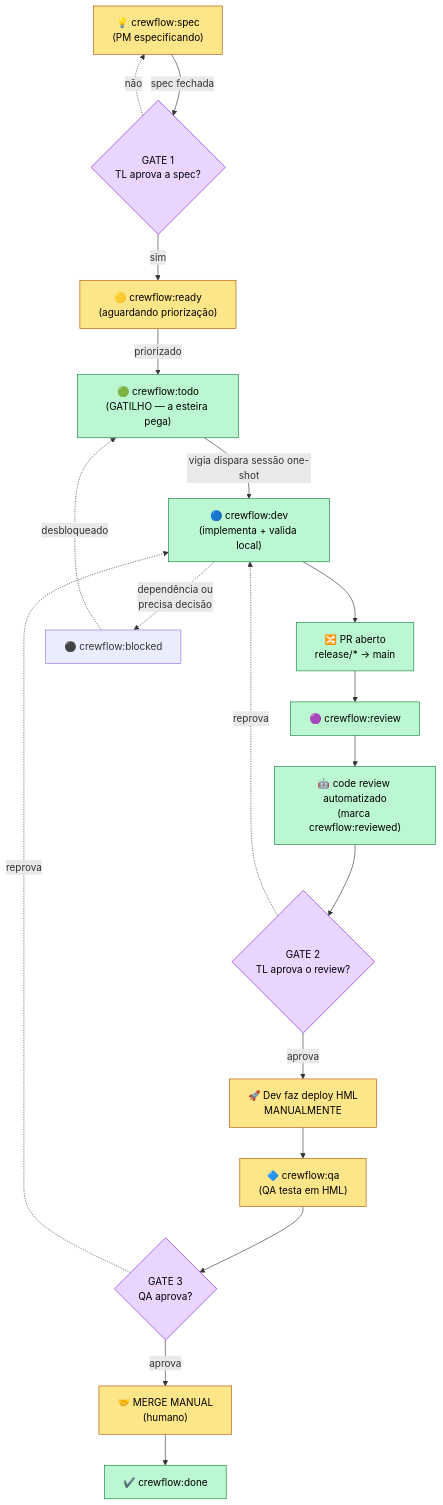
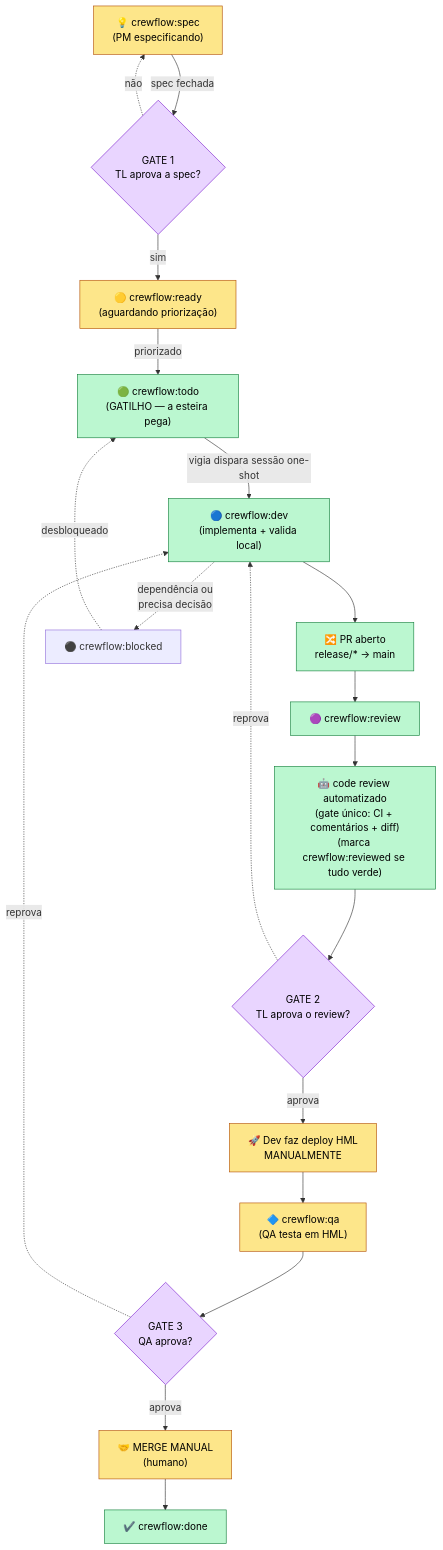
Before and after one commit to eliasrosa/kirocrew-flow: the diagram in .kiro/steering/fluxo.md, drawn with Mermaid. The commit also changed other lines of this file and 3 other files, not shown here.

Commit message:
docs: document consolidated review gate (CI + PR comments) in README + steering

````diff
--- a/.kiro/steering/fluxo.md
+++ b/.kiro/steering/fluxo.md
@@ -20,29 +20,29 @@
 ```mermaid
 flowchart TD
     A["💡 crewflow:spec<br/>(PM especificando)"] -->|spec fechada| G0{"GATE 1<br/>TL aprova a spec?"}
     G0 -->|sim| B["🟡 crewflow:ready<br/>(aguardando priorização)"]
     G0 -.->|não| A
     B -->|priorizado| C["🟢 crewflow:todo<br/>(GATILHO — a esteira pega)"]
     C -->|vigia dispara sessão one-shot| D["🔵 crewflow:dev<br/>(implementa + valida local)"]
     D --> E["🔀 PR aberto<br/>release/* → main"]
     E --> R["🟣 crewflow:review"]
-    R --> BOT["🤖 code review automatizado<br/>(marca crewflow:reviewed)"]
+    R --> BOT["🤖 code review automatizado<br/>(gate único: CI + comentários + diff)<br/>(marca crewflow:reviewed se tudo verde)"]
     BOT --> G1{"GATE 2<br/>TL aprova o review?"}
     G1 -.->|reprova| D
     G1 -->|aprova| HML["🚀 Dev faz deploy HML<br/>MANUALMENTE"]
     HML --> Q["🔷 crewflow:qa<br/>(QA testa em HML)"]
     Q --> G2{"GATE 3<br/>QA aprova?"}
     G2 -.->|reprova| D
     G2 -->|aprova| M["🤝 MERGE MANUAL<br/>(humano)"]
     M --> I["✔️ crewflow:done"]
 
     D -.->|dependência ou<br/>precisa decisão| K["⚫ crewflow:blocked"]
     K -.->|desbloqueado| C
 
     classDef human fill:#fde68a,stroke:#b45309,color:#000
     classDef auto fill:#bbf7d0,stroke:#15803d,color:#000
     classDef gate fill:#e9d5ff,stroke:#7e22ce,color:#000
     class A,B,HML,Q,M human
     class C,D,E,R,BOT,I auto
     class G0,G1,G2 gate
 ```
````
